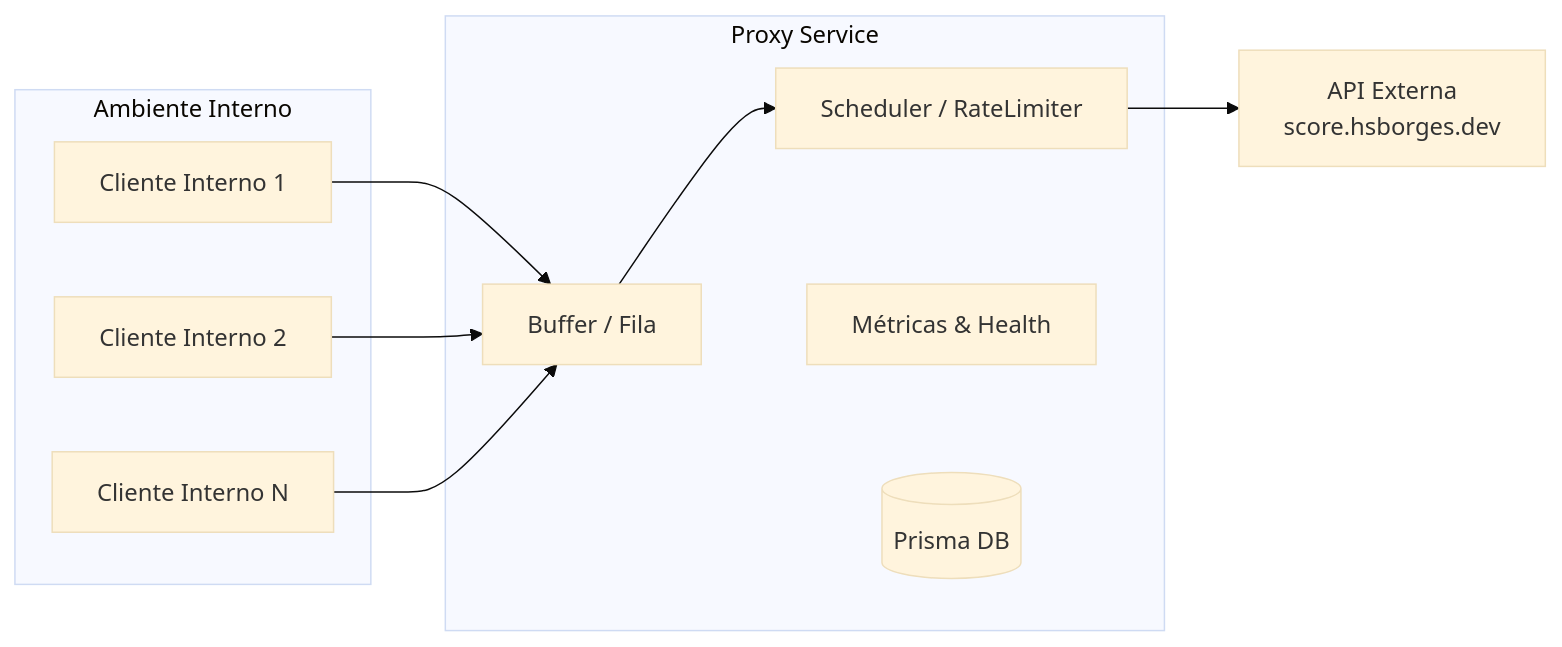
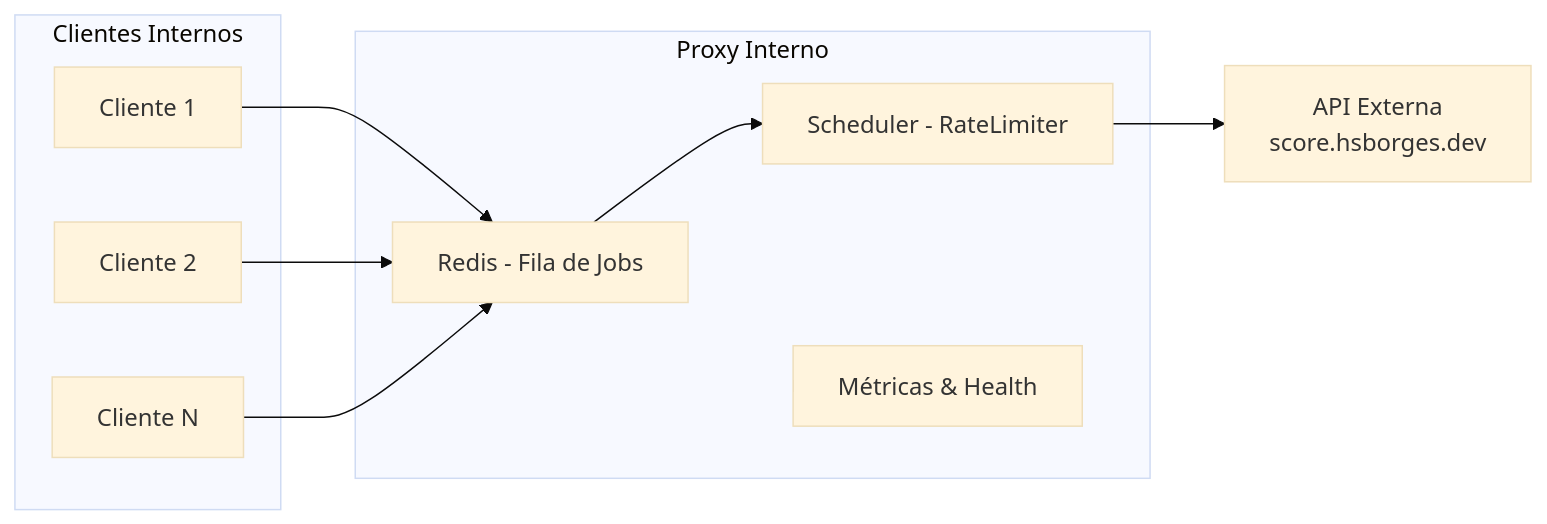
Before and after one commit to fabioramos-02/proxy_interno: the diagram in README.md, drawn with Mermaid (base theme). The commit also changed other lines of this file and 9 other files, not shown here.

Commit message:
feat: adicionar suporte a parâmetros na requisição do proxy e registrar métricas de jobs descartados

````diff
--- a/README.md
+++ b/README.md
@@ -52,27 +51,25 @@
 ```mermaid
 flowchart LR
-    subgraph Empresa [Ambiente Interno]
-        C1[Cliente Interno 1]
-        C2[Cliente Interno 2]
-        CN[Cliente Interno N]
+    subgraph Interno [Clientes Internos]
+        C1[Cliente 1]
+        C2[Cliente 2]
+        CN[Cliente N]
     end
 
-    subgraph Proxy["Proxy Service"]
-        Fila[Buffer / Fila]
-        Scheduler[Scheduler / RateLimiter]
+    subgraph Proxy["Proxy Interno"]
+        Fila[Redis - Fila de Jobs]
+        Scheduler[Scheduler - RateLimiter]
         Metrics[Métricas & Health]
-        DB[(Prisma DB)]
     end
 
     API[API Externa<br>score.hsborges.dev]
 
     C1 --> Fila
     C2 --> Fila
     CN --> Fila
 
     Fila --> Scheduler
     Scheduler --> API
 
     Proxy --> Metrics
-    Proxy --> DB
 ```
````
